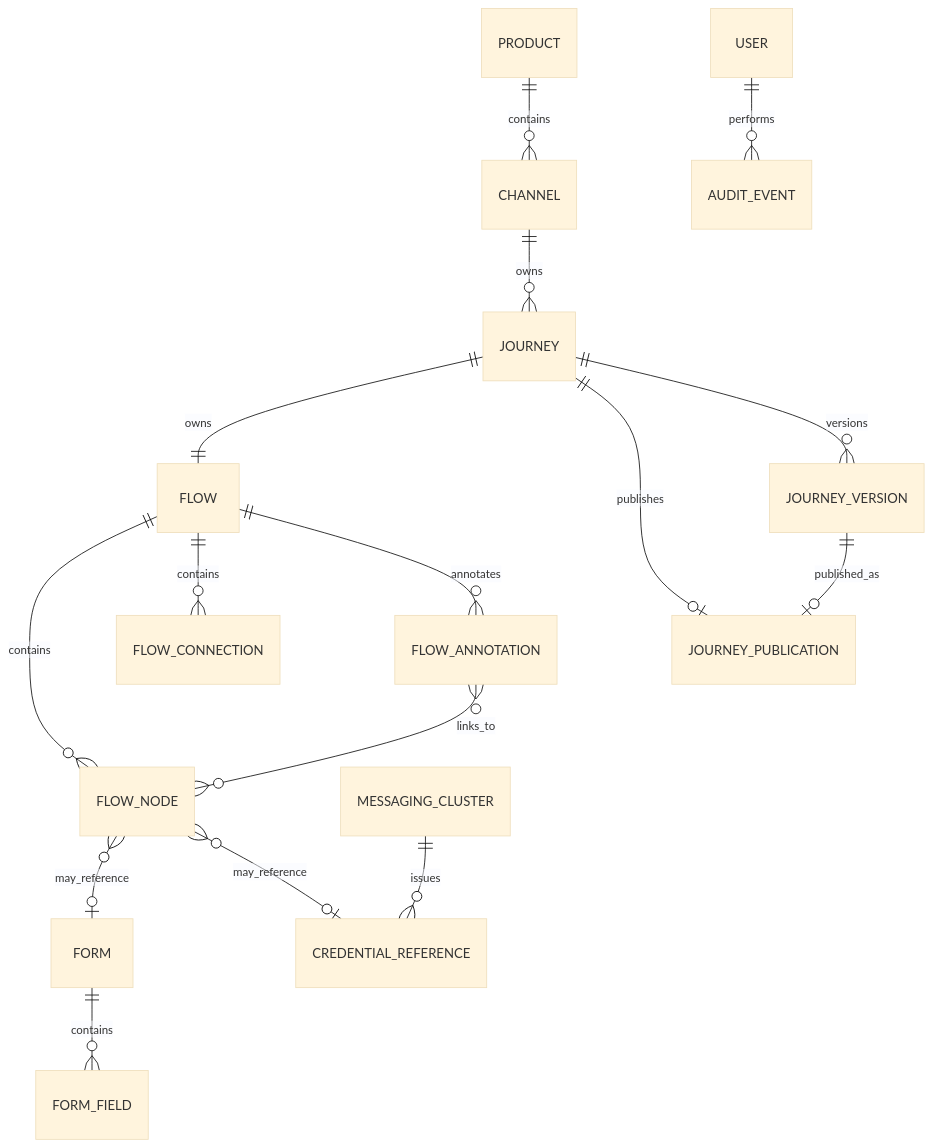
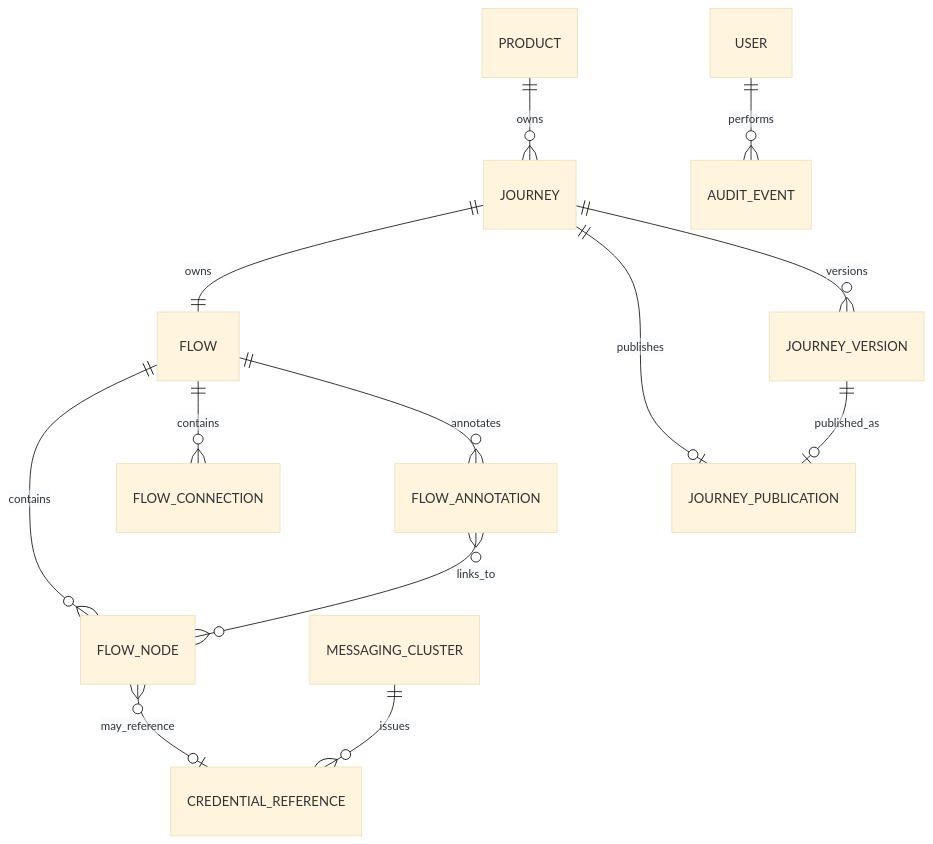
Before and after one commit to hermesnet-git/journey-admin: the third of 3 diagrams in requisitos/admin/ej-admin-modelo-dados-conceitual.md, drawn with Mermaid (base theme). The commit also changed other lines of this file and 230 other files, not shown here.

````diff
--- a/requisitos/admin/ej-admin-modelo-dados-conceitual.md
+++ b/requisitos/admin/ej-admin-modelo-dados-conceitual.md
@@ -393,22 +441,18 @@
 ```mermaid
 erDiagram
-    PRODUCT ||--o{ CHANNEL : contains
-    CHANNEL ||--o{ JOURNEY : owns
+    PRODUCT ||--o{ JOURNEY : owns
 
     JOURNEY ||--|| FLOW : owns
     FLOW ||--o{ FLOW_NODE : contains
     FLOW ||--o{ FLOW_CONNECTION : contains
     FLOW ||--o{ FLOW_ANNOTATION : annotates
     FLOW_ANNOTATION }o--o{ FLOW_NODE : links_to
-
-    FLOW_NODE }o--o| FORM : may_reference
-    FORM ||--o{ FORM_FIELD : contains
 
     JOURNEY ||--o| JOURNEY_PUBLICATION : publishes
     JOURNEY ||--o{ JOURNEY_VERSION : versions
     JOURNEY_VERSION ||--o| JOURNEY_PUBLICATION : published_as
     USER ||--o{ AUDIT_EVENT : performs
 
     MESSAGING_CLUSTER ||--o{ CREDENTIAL_REFERENCE : issues
     FLOW_NODE }o--o| CREDENTIAL_REFERENCE : may_reference
 ```
````
